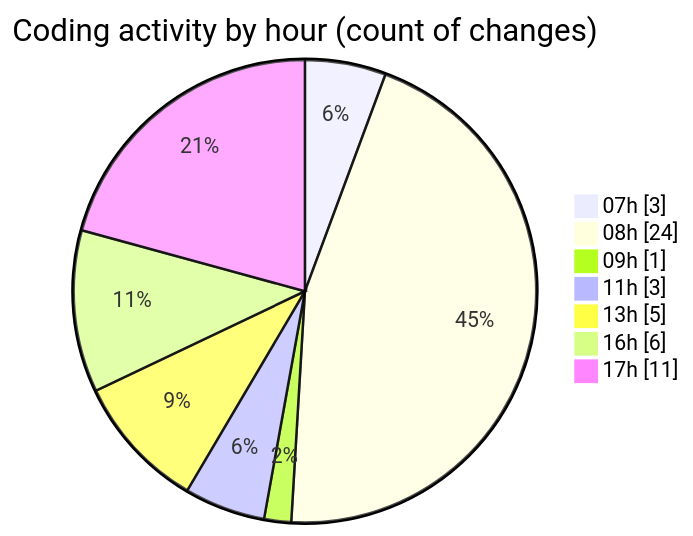
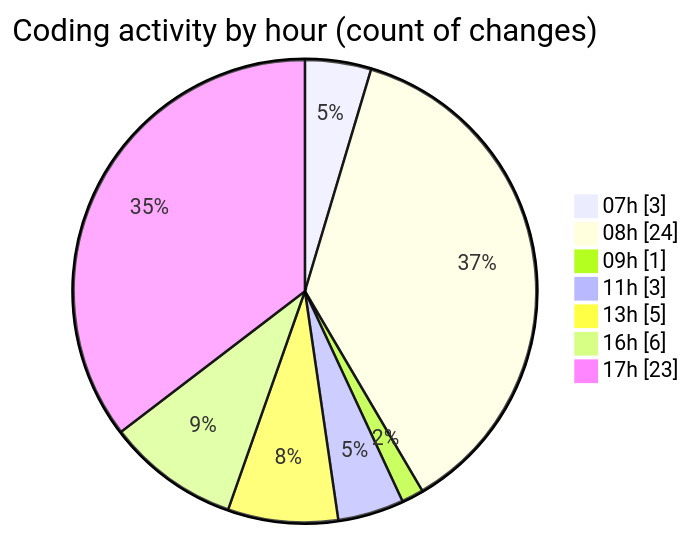
One commit to becaeroporto-bot/code-tracking changed the second of 2 diagrams in 2026-02-20/bot_i_a/README.md. Above: the diagram before and after it, drawn with Mermaid. The commit also changed other lines of this file and 1 other file, not shown here.

````diff
--- a/2026-02-20/bot_i_a/README.md
+++ b/2026-02-20/bot_i_a/README.md
@@ -52,11 +52,11 @@
 ```mermaid
 pie showData
 title Coding activity by hour (count of changes)
 "07h" : 3
 "08h" : 24
 "09h" : 1
 "11h" : 3
 "13h" : 5
 "16h" : 6
-"17h" : 11
+"17h" : 23
 ```
````
